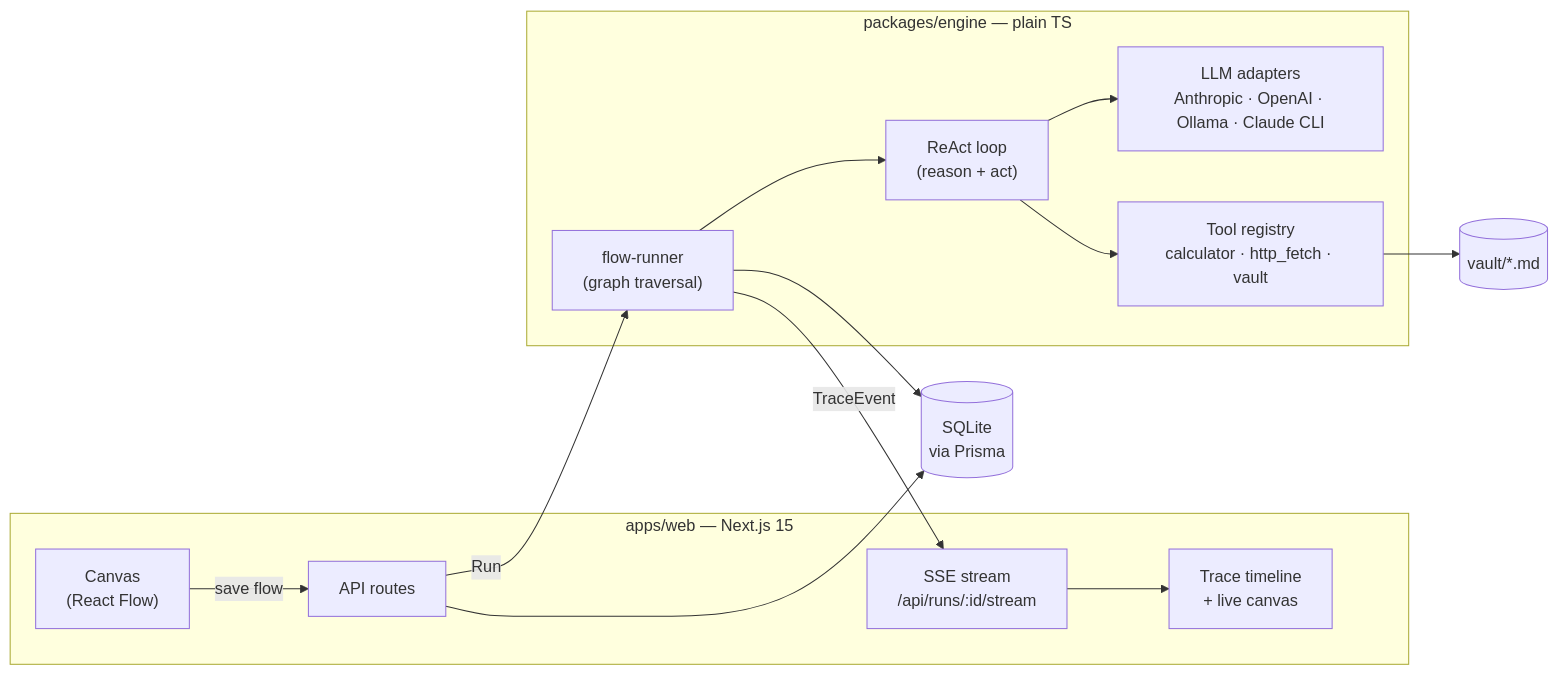
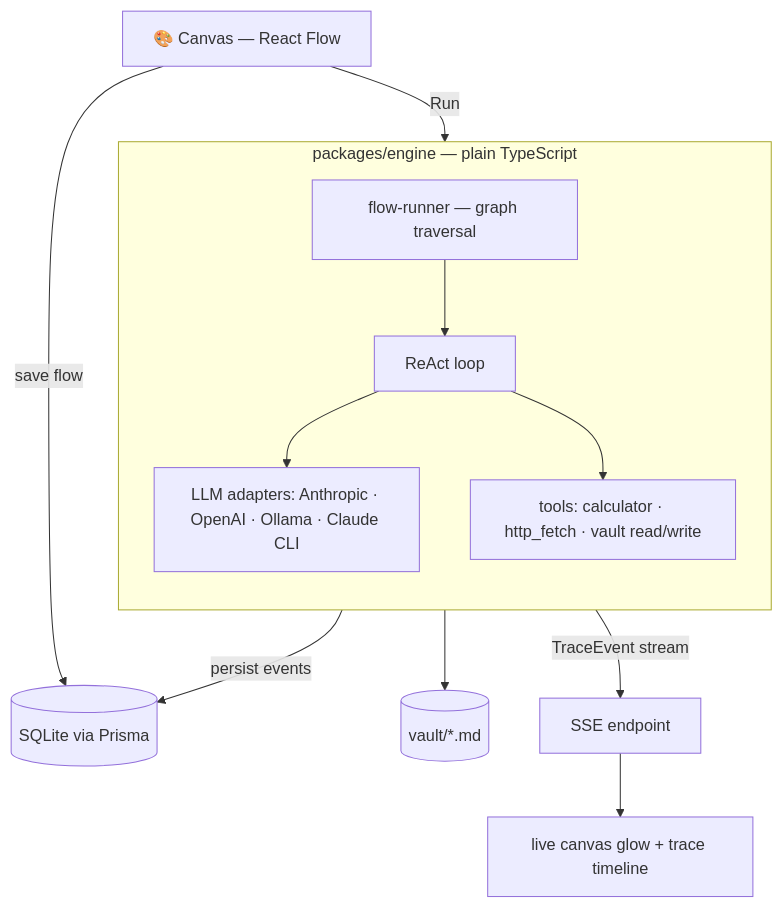
The first of 2 diagrams in README.md (myUdav4iik/agent-canvas), drawn with Mermaid before and after one commit. The commit also changed other lines of this file and 3 other files, not shown here.

First line of the commit message:
Fix README diagram overlap and give example flows breathing room

````diff
--- a/README.md
+++ b/README.md
@@ -57,23 +57,17 @@
 ```mermaid
-flowchart LR
-    subgraph web["apps/web — Next.js 15"]
-        Canvas["Canvas<br/>(React Flow)"]
-        API["API routes"]
-        Stream["SSE stream<br/>/api/runs/:id/stream"]
-        UI["Trace timeline<br/>+ live canvas"]
+flowchart TD
+    Canvas["🎨 Canvas — React Flow"] -->|save flow| DB[("SQLite via Prisma")]
+    Canvas -->|Run| Runner["flow-runner — graph traversal"]
+
+    subgraph engine["packages/engine — plain TypeScript"]
+        direction TB
+        Runner --> ReAct["ReAct loop"]
+        ReAct --> Adapters["LLM adapters: Anthropic · OpenAI · Ollama · Claude CLI"]
+        ReAct --> Tools["tools: calculator · http_fetch · vault read/write"]
     end
-    subgraph engine["packages/engine — plain TS"]
-        Runner["flow-runner<br/>(graph traversal)"]
-        ReAct["ReAct loop<br/>(reason + act)"]
-        Adapters["LLM adapters<br/>Anthropic · OpenAI · Ollama · Claude CLI"]
-        Tools["Tool registry<br/>calculator · http_fetch · vault"]
-    end
-    Vault[("vault/*.md")]
-    DB[("SQLite<br/>via Prisma")]
 
-    Canvas -->|save flow| API --> DB
-    API -->|Run| Runner --> ReAct --> Adapters
-    ReAct --> Tools --> Vault
-    Runner -->|TraceEvent| Stream --> UI
-    Runner --> DB
+    Tools --> Vault[("vault/*.md")]
+    Runner -->|TraceEvent stream| SSE["SSE endpoint"]
+    SSE --> UI["live canvas glow + trace timeline"]
+    Runner -->|persist events| DB
 ```
````
